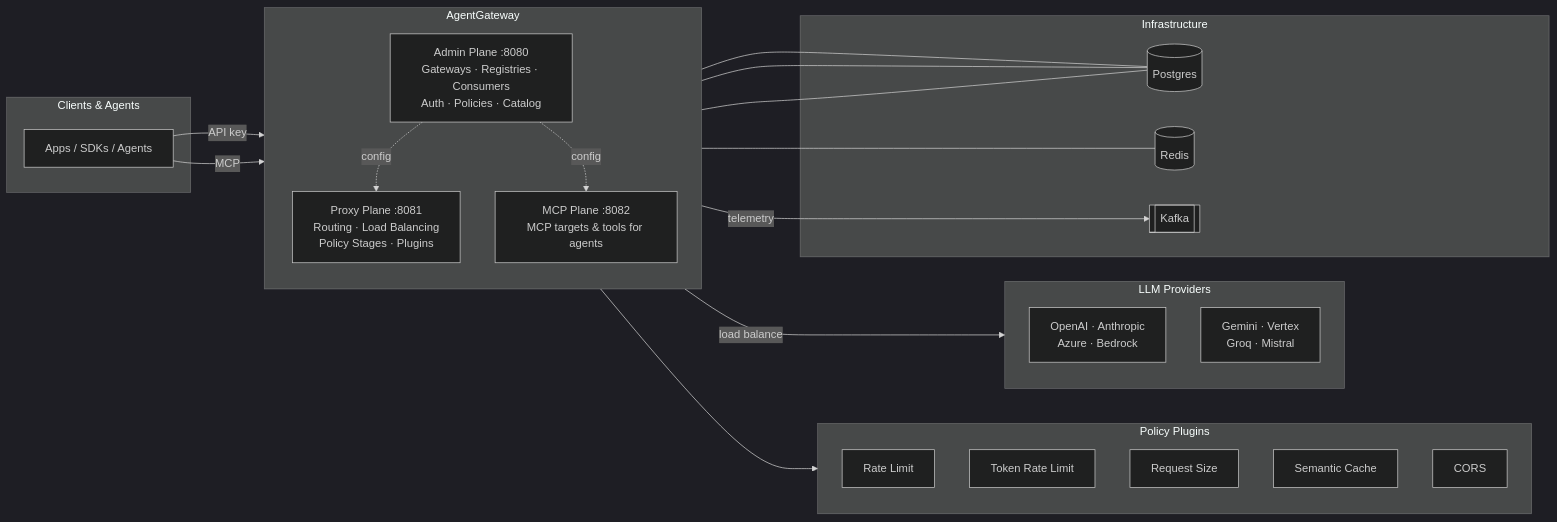
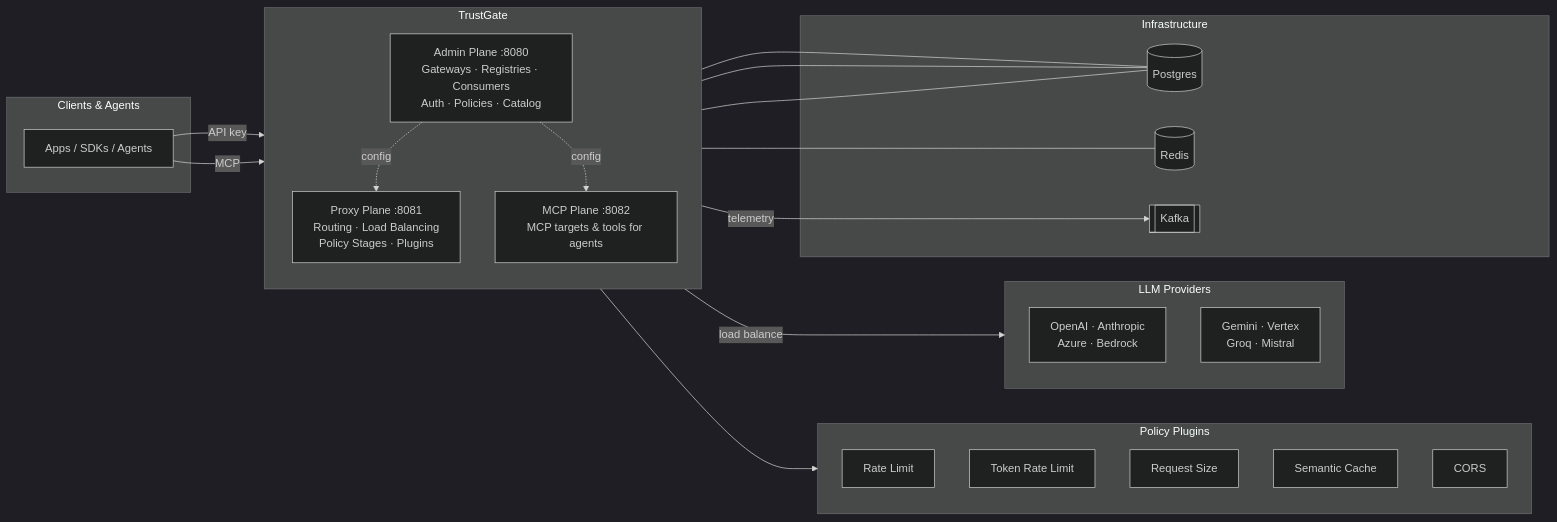
Before and after one commit to NeuralTrust/TrustGate: the diagram in README.md, drawn with Mermaid (dark theme). The commit also changed other lines of this file and 720 other files, not shown here.

````diff
--- a/README.md
+++ b/README.md
@@ -228,44 +228,44 @@
 ```mermaid
 flowchart LR
     subgraph Clients["Clients & Agents"]
         APP["Apps / SDKs / Agents"]
     end
 
-    subgraph AG["AgentGateway"]
+    subgraph AG["TrustGate"]
         direction TB
         ADMIN["Admin Plane :8080\nGateways · Registries · Consumers\nAuth · Policies · Catalog"]
         PROXY["Proxy Plane :8081\nRouting · Load Balancing\nPolicy Stages · Plugins"]
         MCP["MCP Plane :8082\nMCP targets & tools for agents"]
     end
 
     subgraph Plugins["Policy Plugins"]
         RL["Rate Limit"]
         TRL["Token Rate Limit"]
         RS["Request Size"]
         SC["Semantic Cache"]
         CORS["CORS"]
     end
 
     subgraph Providers["LLM Providers"]
         P1["OpenAI · Anthropic\nAzure · Bedrock"]
         P2["Gemini · Vertex\nGroq · Mistral"]
     end
 
     subgraph Infra["Infrastructure"]
         PG[("Postgres")]
         RD[("Redis")]
         KFK[["Kafka"]]
     end
 
     APP -->|API key| PROXY
     APP -->|MCP| MCP
     PROXY --> Plugins
     PROXY -->|load balance| Providers
     ADMIN -. config .-> PROXY
     ADMIN -. config .-> MCP
     ADMIN --- PG
     PROXY --- PG
     PROXY --- RD
     MCP --- PG
     PROXY -->|telemetry| KFK
 ```
````
